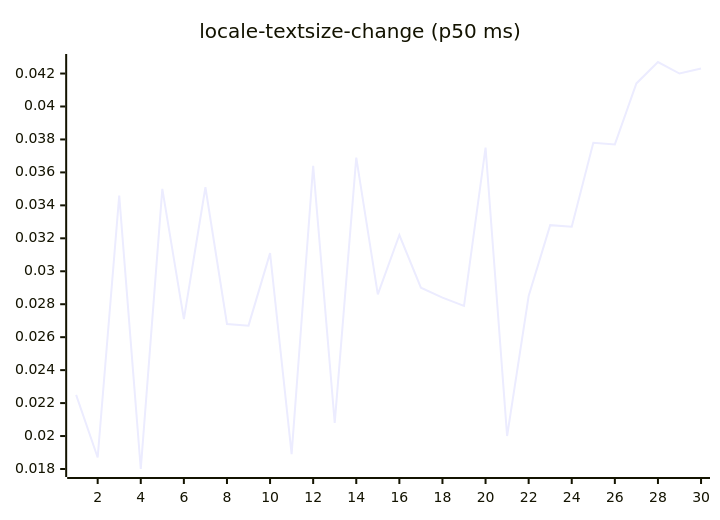
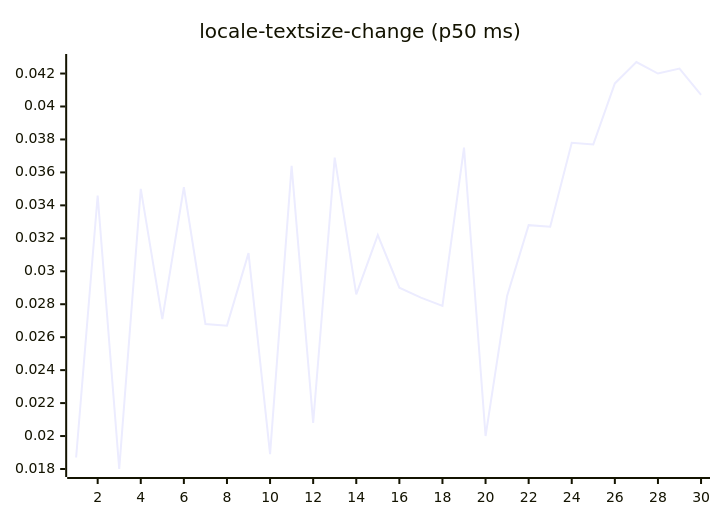
Before and after one commit to josha/Facet: diagram 13 of 27 in README.md, drawn with Mermaid. The commit also changed other lines of this file and 2 other files, not shown here.

````diff
--- a/README.md
+++ b/README.md
@@ -147,6 +147,6 @@
 ```mermaid
 xychart-beta
     title "locale-textsize-change (p50 ms)"
     x-axis 1 --> 30
-    line [0.0225, 0.0187, 0.0346, 0.0180, 0.0350, 0.0271, 0.0351, 0.0268, 0.0267, 0.0311, 0.0189, 0.0364, 0.0208, 0.0369, 0.0286, 0.0322, 0.0290, 0.0284, 0.0279, 0.0375, 0.0200, 0.0285, 0.0328, 0.0327, 0.0378, 0.0377, 0.0414, 0.0427, 0.0420, 0.0423]
+    line [0.0187, 0.0346, 0.0180, 0.0350, 0.0271, 0.0351, 0.0268, 0.0267, 0.0311, 0.0189, 0.0364, 0.0208, 0.0369, 0.0286, 0.0322, 0.0290, 0.0284, 0.0279, 0.0375, 0.0200, 0.0285, 0.0328, 0.0327, 0.0378, 0.0377, 0.0414, 0.0427, 0.0420, 0.0423, 0.0407]
 ```
````
